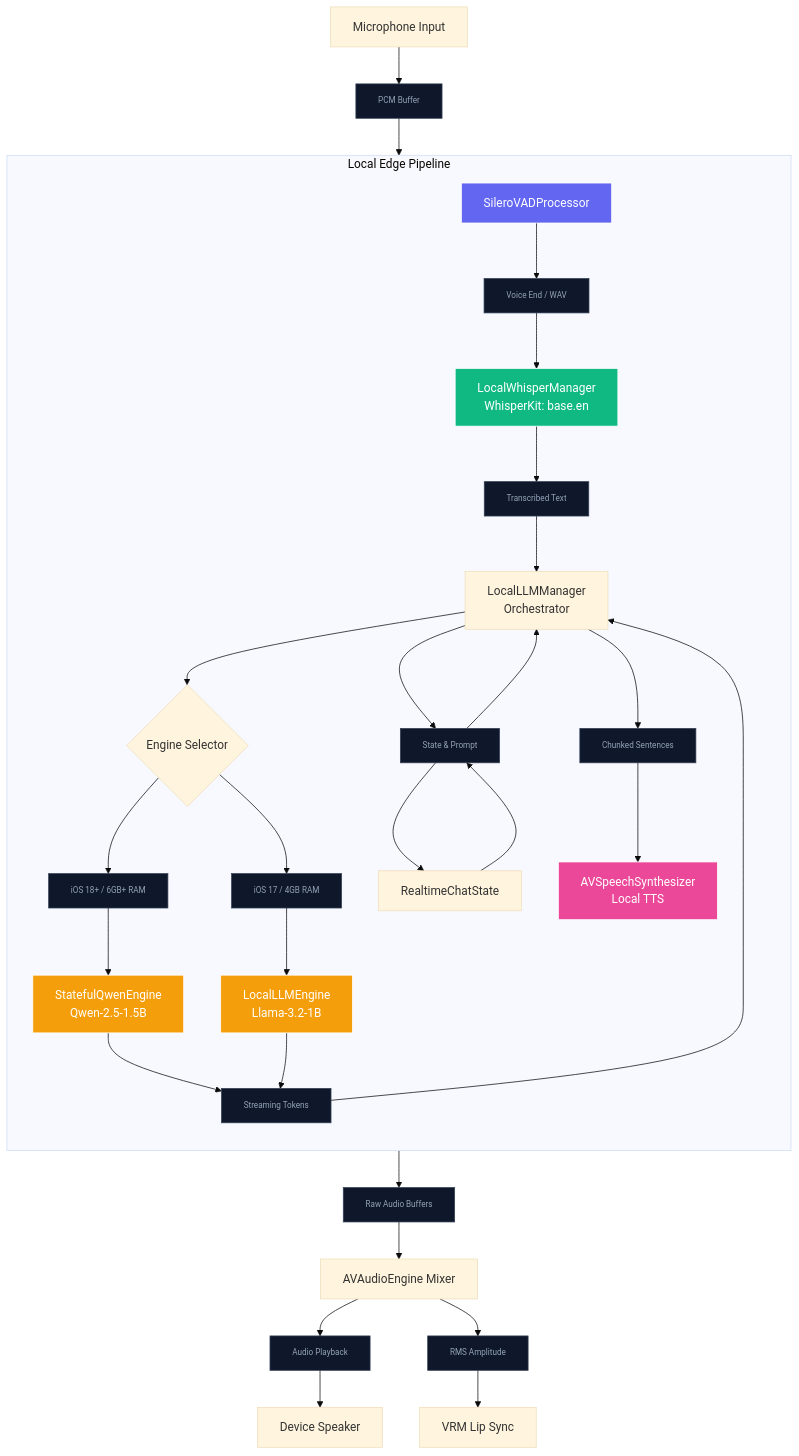
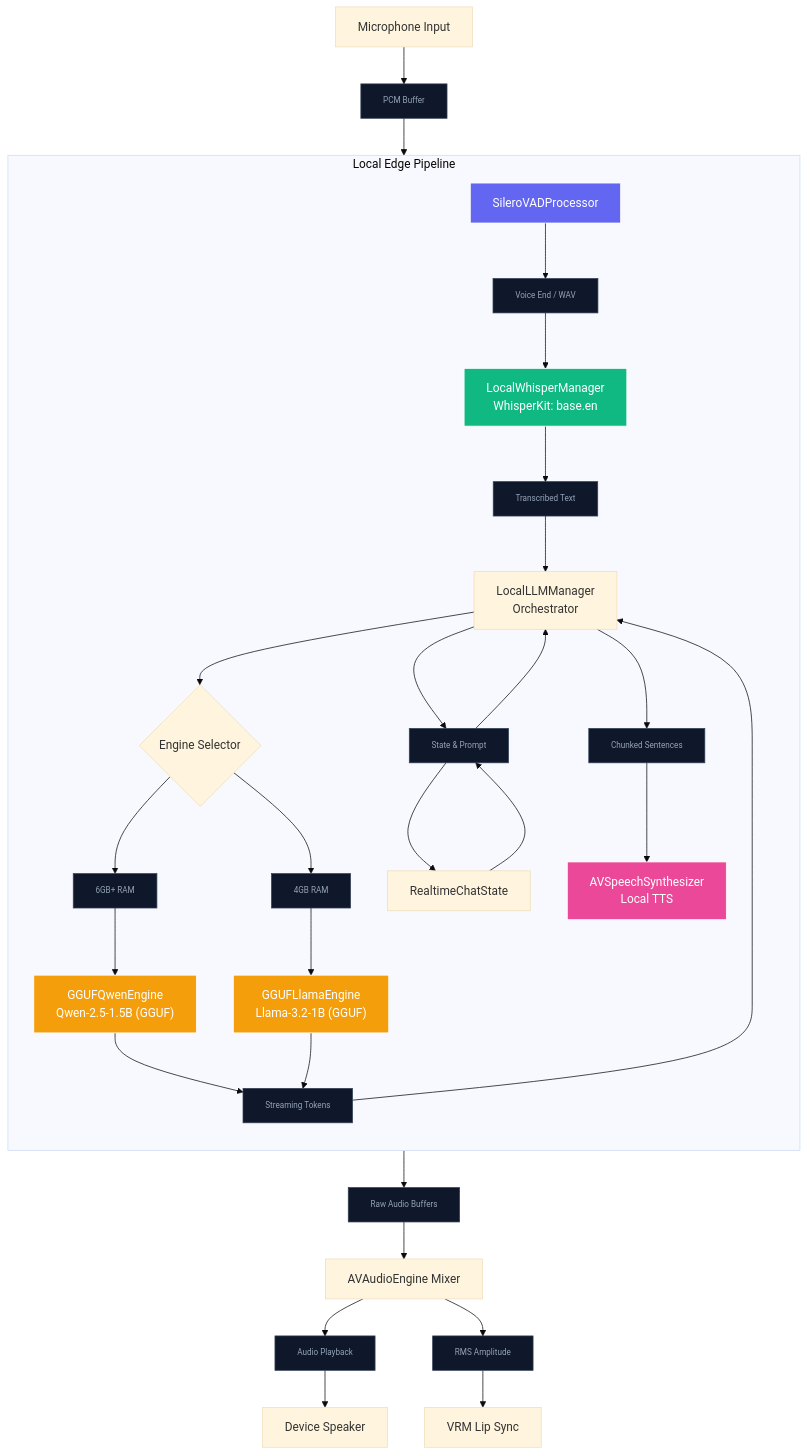
One commit to kevinliddel/NeuraLink changed the diagram in docs/npu.md. Above: the diagram before and after it, drawn with Mermaid (base theme). The commit also changed other lines of this file and 31 other files, not shown here.

Commit message:
feat: migrate local LLM engine to llama.cpp GGUF architecture

````diff
--- a/docs/npu.md
+++ b/docs/npu.md
@@ -13,47 +13,47 @@
 ```mermaid
 graph TD
     %% Input
     Mic["Microphone Input"] --> D1["PCM Buffer"] --> VAD["SileroVADProcessor"]
 
     %% Local Pipeline
     subgraph Local Edge Pipeline
         direction TB
 
         VAD --> D2["Voice End / WAV"] --> Whisper["LocalWhisperManager\nWhisperKit: base.en"]
         Whisper --> D3["Transcribed Text"] --> Manager["LocalLLMManager\nOrchestrator"]
         
         %% Model Selection
         Manager --> Selector{"Engine Selector"}
         
-        Selector --> C1["iOS 18+ / 6GB+ RAM"] --> Qwen["StatefulQwenEngine\nQwen-2.5-1.5B"]
-        Selector --> C2["iOS 17 / 4GB RAM"] --> Llama["LocalLLMEngine\nLlama-3.2-1B"]
+        Selector --> C1["6GB+ RAM"] --> Qwen["GGUFQwenEngine\nQwen-2.5-1.5B (GGUF)"]
+        Selector --> C2["4GB RAM"] --> Llama["GGUFLlamaEngine\nLlama-3.2-1B (GGUF)"]
         
         %% State loop
         Manager --> D10["State & Prompt"] --> UI["RealtimeChatState"]
         UI --> D10 --> Manager
         
         %% LLM flow
         Qwen --> D5["Streaming Tokens"]
         Llama --> D5
         D5 --> Manager
         
         %% TTS
         Manager --> D6["Chunked Sentences"] --> TTS["AVSpeechSynthesizer\nLocal TTS"]
     end
     
     %% Output
     TTS --> D7["Raw Audio Buffers"] --> Mixer["AVAudioEngine Mixer"]
     Mixer --> D8["Audio Playback"] --> Speaker["Device Speaker"]
     Mixer --> D9["RMS Amplitude"] --> VRM["VRM Lip Sync"]
 
     %% Core component styles
     style Qwen fill:#f59e0b,stroke:#ffffff,color:#ffffff
     style Llama fill:#f59e0b,stroke:#ffffff,color:#ffffff
     style Whisper fill:#10b981,stroke:#ffffff,color:#ffffff
     style VAD fill:#6366f1,stroke:#ffffff,color:#ffffff
     style TTS fill:#ec4899,stroke:#ffffff,color:#ffffff
 
     %% Data / flow nodes (including conditions)
     classDef data fill:#0f172a,stroke:#334155,color:#94a3b8,font-size:11px
     class D1,D2,D3,D5,D6,D7,D8,D9,D10,C1,C2 data
 ```
````
